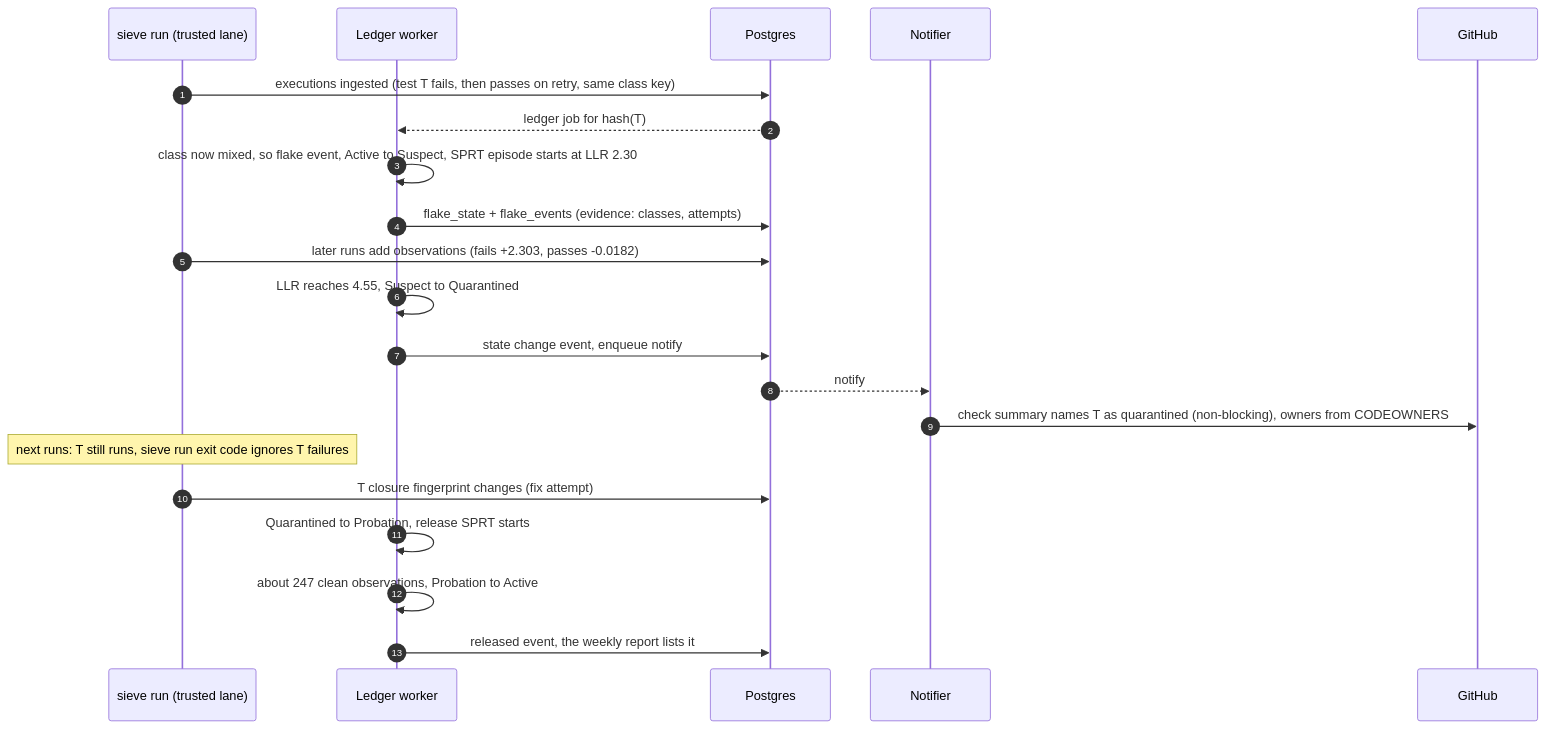
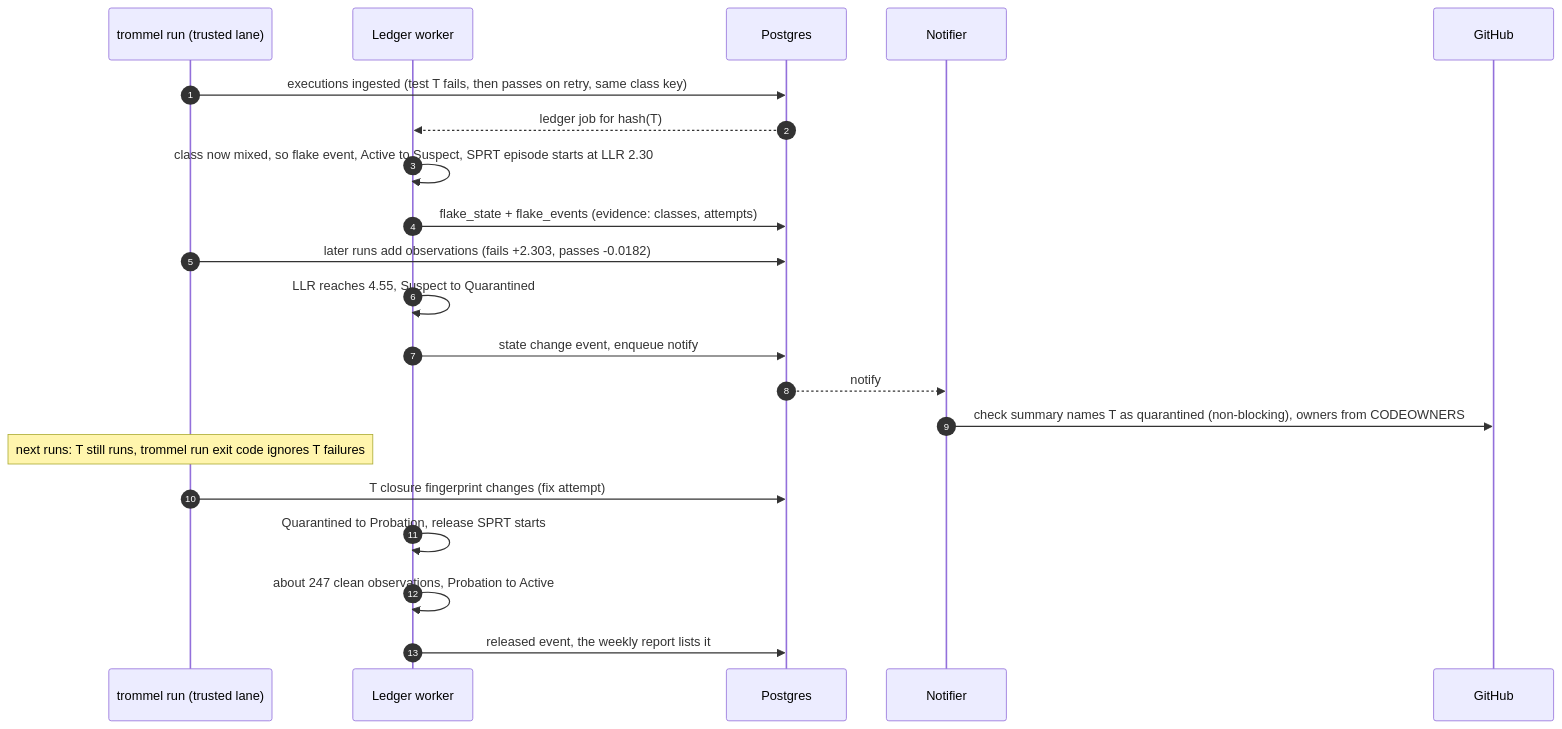
The sixth of 10 diagrams in docs/architecture.md (ojassug/sieve), drawn with Mermaid before and after one commit. The commit also changed other lines of this file and 82 other files, not shown here.

First line of the commit message:
refactor: rename SIEVE to Trommel (DECISIONS 30)

````diff
--- a/docs/architecture.md
+++ b/docs/architecture.md
@@ -250,23 +250,23 @@
 ```mermaid
 sequenceDiagram
   autonumber
-  participant R as sieve run (trusted lane)
+  participant R as trommel run (trusted lane)
   participant L as Ledger worker
   participant P as Postgres
   participant N as Notifier
   participant G as GitHub
   R->>P: executions ingested (test T fails, then passes on retry, same class key)
   P-->>L: ledger job for hash(T)
   L->>L: class now mixed, so flake event, Active to Suspect, SPRT episode starts at LLR 2.30
   L->>P: flake_state + flake_events (evidence: classes, attempts)
   R->>P: later runs add observations (fails +2.303, passes -0.0182)
   L->>L: LLR reaches 4.55, Suspect to Quarantined
   L->>P: state change event, enqueue notify
   P-->>N: notify
   N->>G: check summary names T as quarantined (non-blocking), owners from CODEOWNERS
-  Note over R: next runs: T still runs, sieve run exit code ignores T failures
+  Note over R: next runs: T still runs, trommel run exit code ignores T failures
   R->>P: T closure fingerprint changes (fix attempt)
   L->>L: Quarantined to Probation, release SPRT starts
   L->>L: about 247 clean observations, Probation to Active
   L->>P: released event, the weekly report lists it
 ```
````
